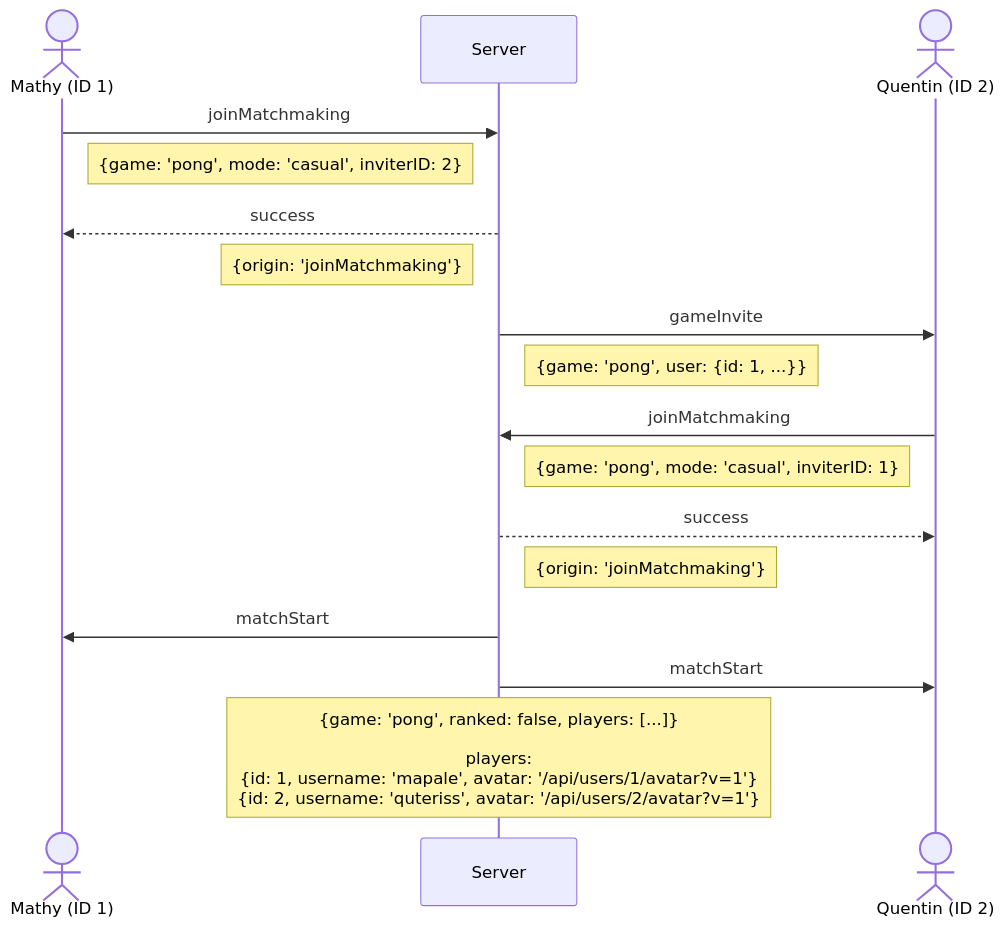
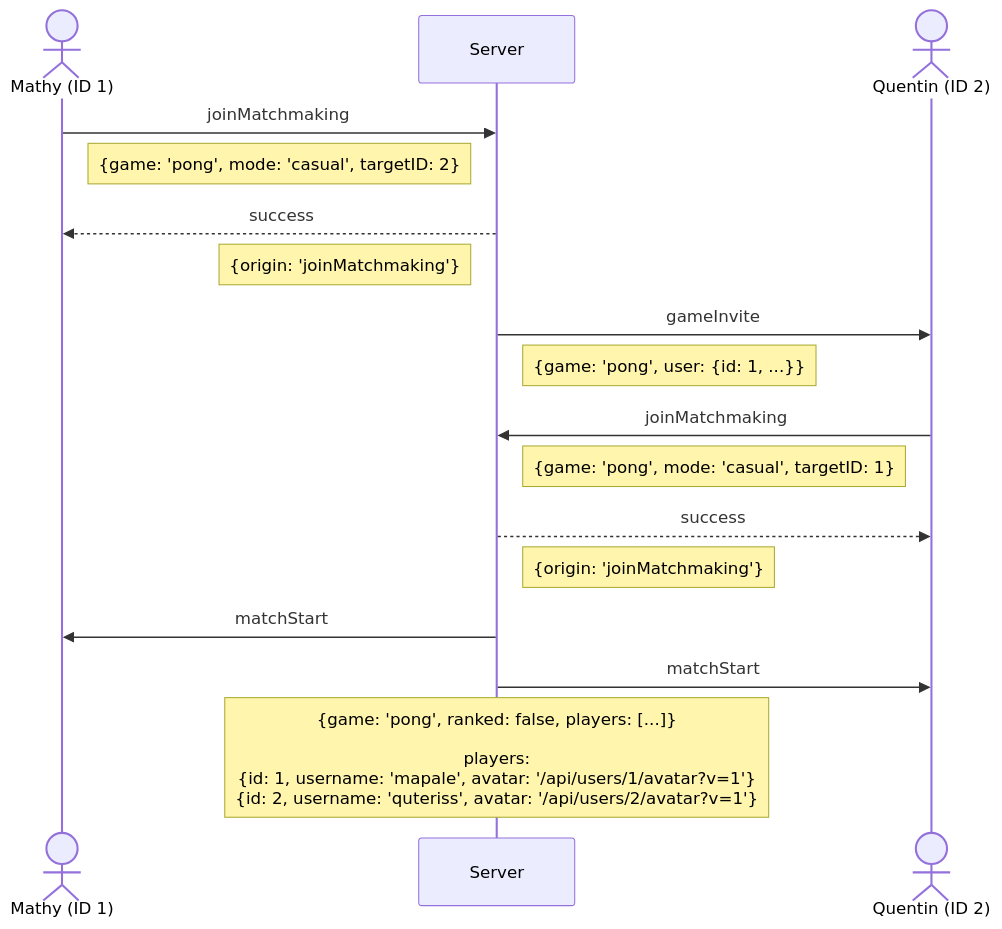
The diagram in docs/WebSocket/gameInvite.md (deydoux/42cursus-ft_transcendence), drawn with Mermaid before and after one commit. The commit also changed 1 other file, not shown here.

Commit message:
fix: update inviterID to targetID in matchmaking documentation

````diff
--- a/docs/WebSocket/gameInvite.md
+++ b/docs/WebSocket/gameInvite.md
@@ -3,22 +3,22 @@
 ```mermaid
 sequenceDiagram
   actor m as Mathy (ID 1)
   participant s as Server
   actor q as Quentin (ID 2)
 
   m ->> s: joinMatchmaking
-  Note right of m: {game: 'pong', mode: 'casual', inviterID: 2}
+  Note right of m: {game: 'pong', mode: 'casual', targetID: 2}
   s -->> m: success
   Note left of s: {origin: 'joinMatchmaking'}
   s ->> q: gameInvite
   Note right of s: {game: 'pong', user: {id: 1, ...}}
 
   q ->> s: joinMatchmaking
-  Note left of q: {game: 'pong', mode: 'casual', inviterID: 1}
+  Note left of q: {game: 'pong', mode: 'casual', targetID: 1}
   s -->> q: success
   Note right of s: {origin: 'joinMatchmaking'}
 
   s ->> m: matchStart
   s ->> q: matchStart
   Note over s: {game: 'pong', ranked: false, players: [...]}<br><br> players:<br>{id: 1, username: 'mapale', avatar: '/api/users/1/avatar?v=1'}<br>{id: 2, username: 'quteriss', avatar: '/api/users/2/avatar?v=1'}
 ```
````
